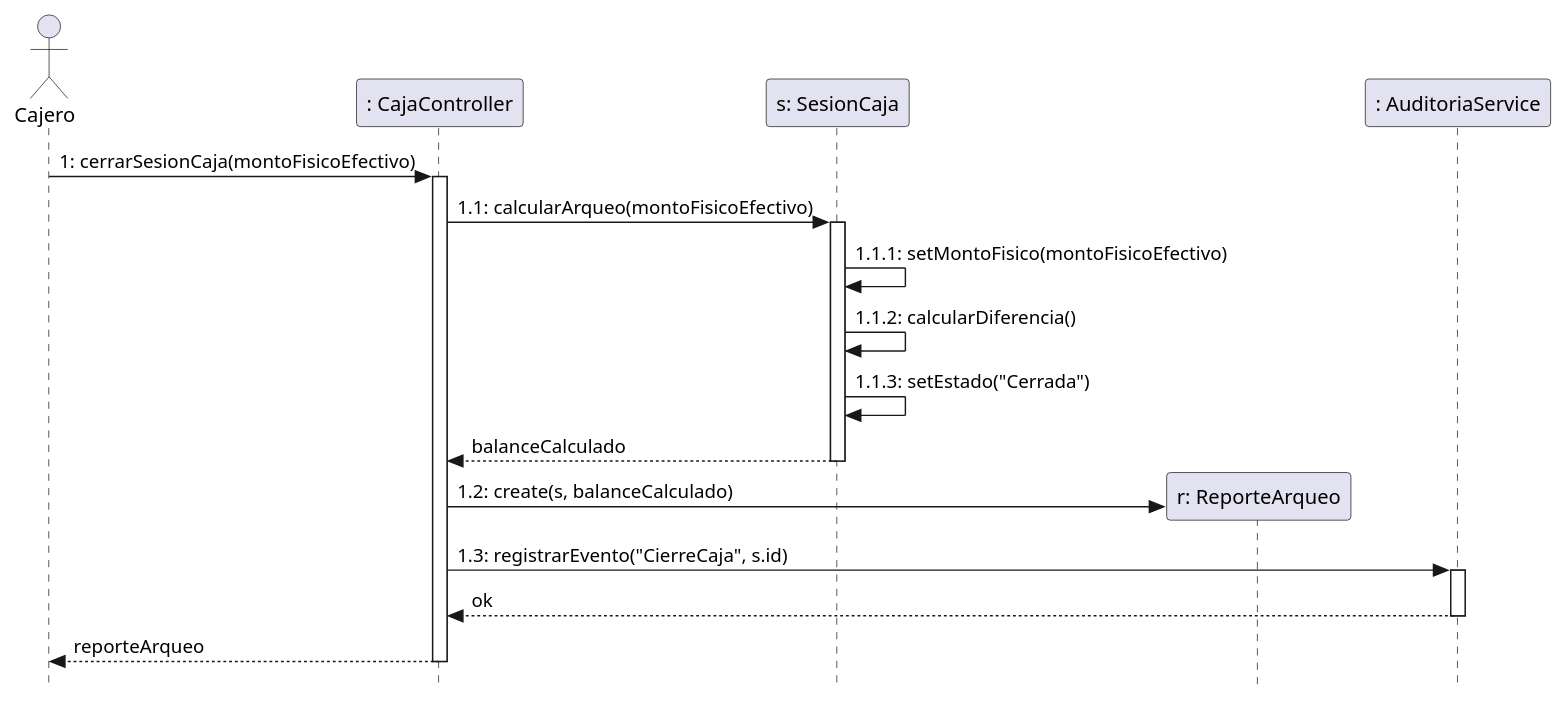
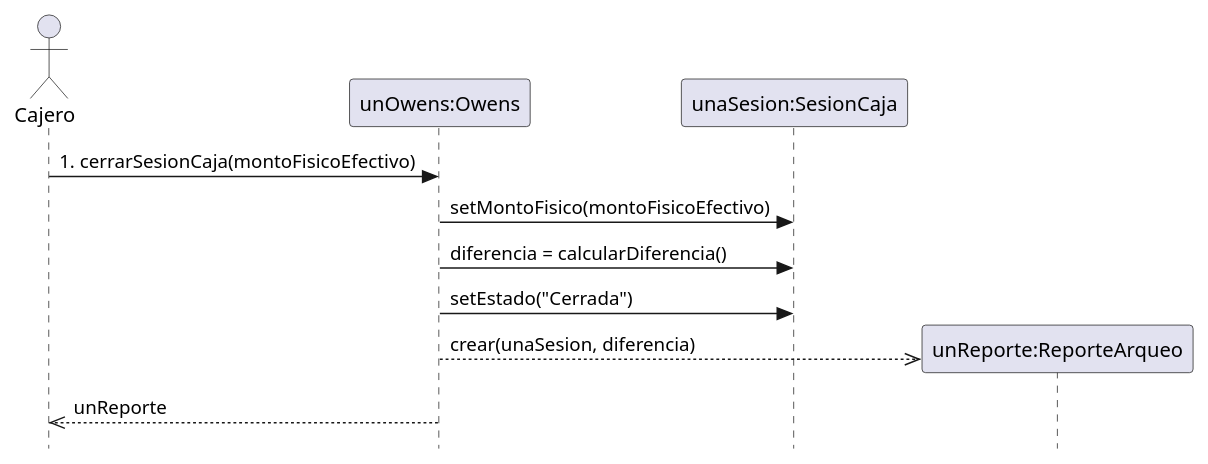
Before and after one commit to DiegoParadiso/owens: the fifth of 11 diagrams in docs/3_Especificacion_y_Diseno/3.4_realizaciones_casos_uso_dsd.md, drawn with PlantUML. The commit also changed other lines of this file and 1 other file, not shown here.

````diff
--- a/docs/3_Especificacion_y_Diseno/3.4_realizaciones_casos_uso_dsd.md
+++ b/docs/3_Especificacion_y_Diseno/3.4_realizaciones_casos_uso_dsd.md
@@ -117,35 +139,21 @@
 ```plantuml
 @startuml
 skinparam style strictuml
 hide footbox
 
 actor Cajero as C
-participant ": CajaController" as Ctrl
-participant "s: SesionCaja" as Sesion
-participant "r: ReporteArqueo" as Reporte
-participant ": AuditoriaService" as Aud
+participant "unOwens:Owens" as Owens
+participant "unaSesion:SesionCaja" as Sesion
 
-C -> Ctrl : 1: cerrarSesionCaja(montoFisicoEfectivo)
-activate Ctrl
+C -> Owens : 1. cerrarSesionCaja(montoFisicoEfectivo)
 
-Ctrl -> Sesion : 1.1: calcularArqueo(montoFisicoEfectivo)
-activate Sesion
-Sesion -> Sesion : 1.1.1: setMontoFisico(montoFisicoEfectivo)
-Sesion -> Sesion : 1.1.2: calcularDiferencia()
-Sesion -> Sesion : 1.1.3: setEstado("Cerrada")
-Sesion --> Ctrl : balanceCalculado
-deactivate Sesion
+Owens -> Sesion : setMontoFisico(montoFisicoEfectivo)
+Owens -> Sesion : diferencia = calcularDiferencia()
+Owens -> Sesion : setEstado("Cerrada")
 
-create Reporte
-Ctrl -> Reporte : 1.2: create(s, balanceCalculado)
+create participant "unReporte:ReporteArqueo" as Reporte
+Owens -->> Reporte : crear(unaSesion, diferencia)
 
-Ctrl -> Aud : 1.3: registrarEvento("CierreCaja", s.id)
-activate Aud
-Aud --> Ctrl : ok
-deactivate Aud
-
-Ctrl --> C : reporteArqueo
-deactivate Ctrl
-
+Owens -->> C : unReporte
 @enduml
 ```
````
